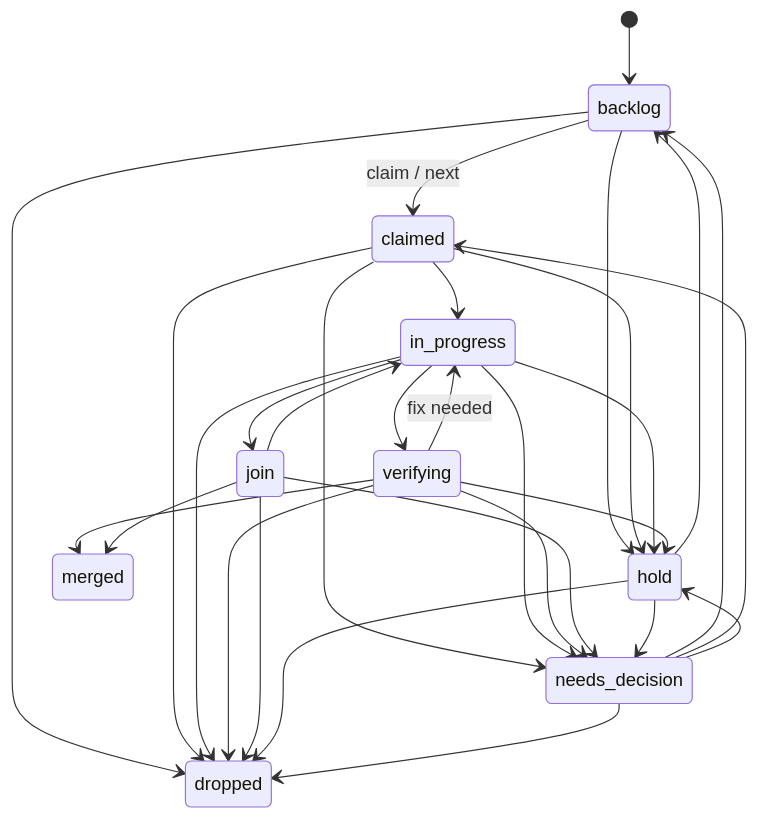
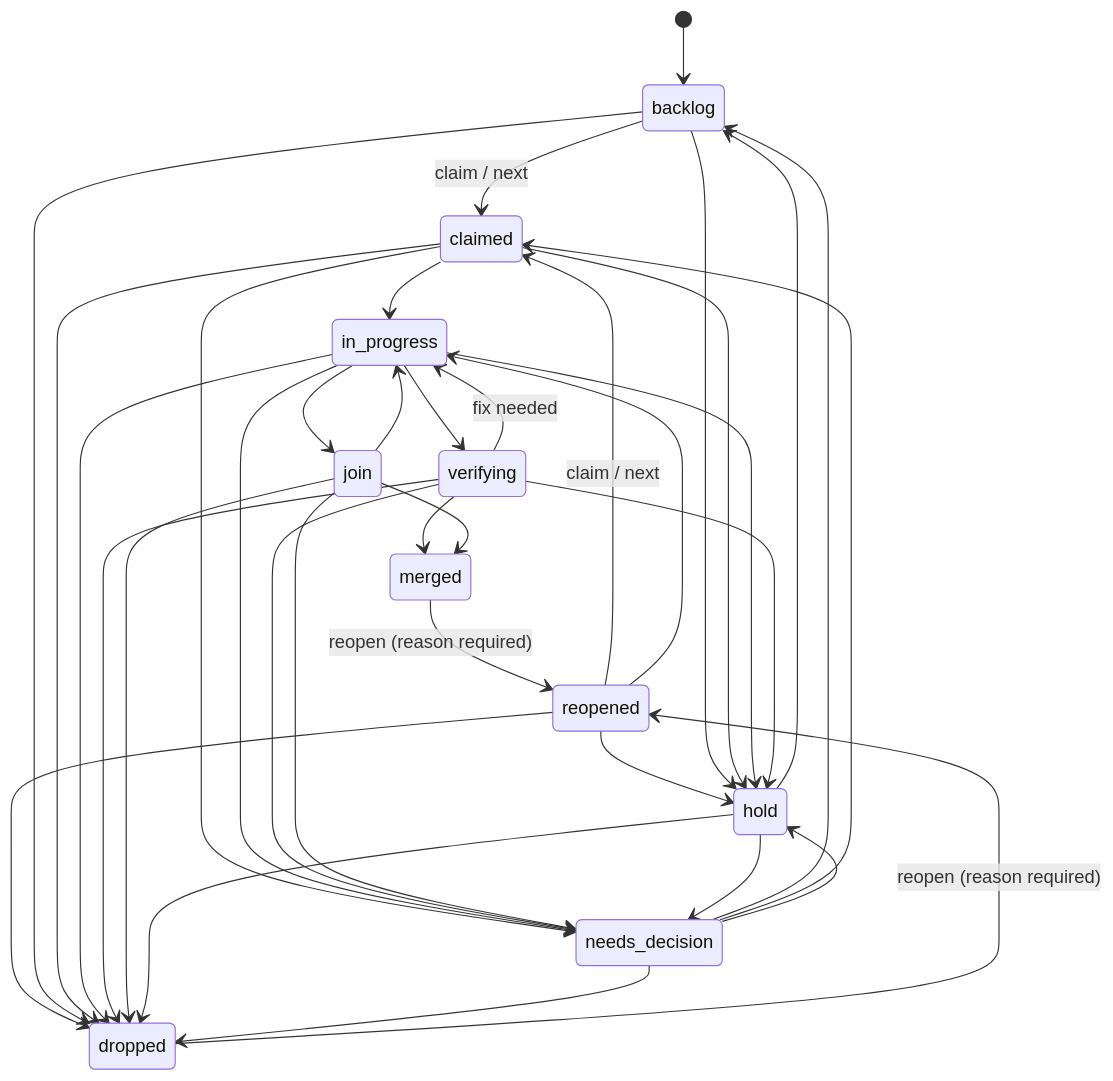
The diagram in README.md (mgh3326/handoffkeep), drawn with Mermaid before and after one commit. The commit also changed other lines of this file and 31 other files, not shown here.

````diff
--- a/README.md
+++ b/README.md
@@ -127,34 +127,40 @@
 ```mermaid
 stateDiagram-v2
     [*] --> backlog
+    merged --> reopened: reopen (reason required)
+    dropped --> reopened: reopen (reason required)
+    reopened --> claimed: claim / next
+    reopened --> in_progress
+    reopened --> hold
+    reopened --> dropped
     backlog --> claimed: claim / next
     backlog --> hold
     backlog --> dropped
     claimed --> in_progress
     claimed --> hold
     claimed --> needs_decision
     claimed --> dropped
     in_progress --> verifying
     in_progress --> join
     in_progress --> hold
     in_progress --> needs_decision
     in_progress --> dropped
     verifying --> in_progress: fix needed
     verifying --> merged
     verifying --> hold
     verifying --> needs_decision
     verifying --> dropped
     join --> in_progress
     join --> merged
     join --> needs_decision
     join --> dropped
     hold --> backlog
     hold --> needs_decision
     hold --> dropped
     needs_decision --> backlog
     needs_decision --> claimed
     needs_decision --> hold
     needs_decision --> dropped
     state merged
     state dropped
 ```
````
